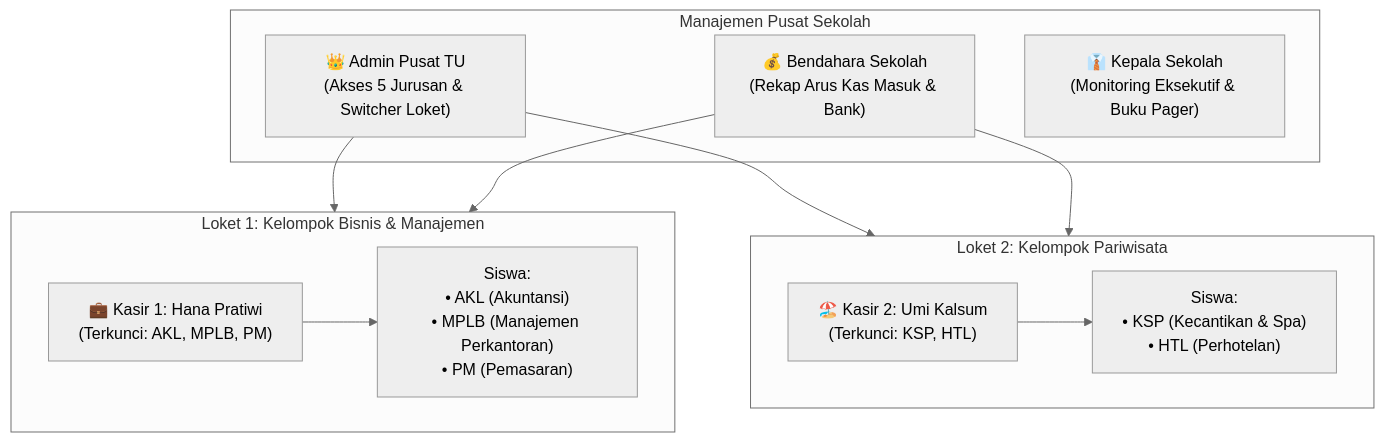
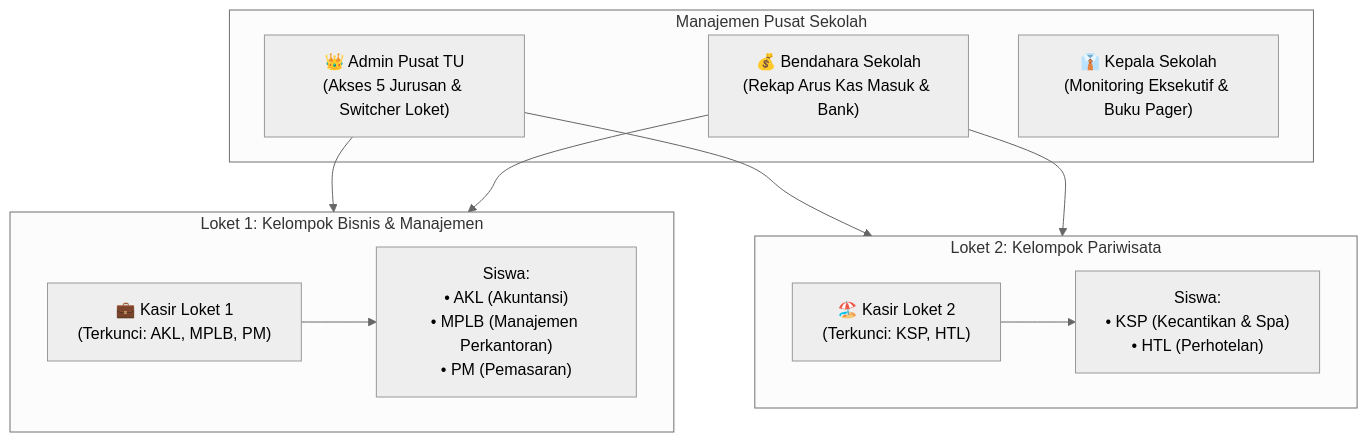
Before and after one commit to developercerdas/sitampan-smk: the diagram in PANDUAN_PENGGUNA_SITAMPAN_SMK.md, drawn with Mermaid (neutral theme). The commit also changed other lines of this file and 10 other files, not shown here.

Commit message:
Hapus label personal nama kasir Hana dan Umi dari antarmuka, diselaraskan menjadi Kelompok Bisnis & Manajemen dan Kelompok Pariwisata

````diff
--- a/PANDUAN_PENGGUNA_SITAMPAN_SMK.md
+++ b/PANDUAN_PENGGUNA_SITAMPAN_SMK.md
@@ -14,25 +14,25 @@
 ```mermaid
 flowchart TD
     subgraph PUSAT["Manajemen Pusat Sekolah"]
         Admin["👑 Admin Pusat TU<br>(Akses 5 Jurusan & Switcher Loket)"]
         Bendahara["💰 Bendahara Sekolah<br>(Rekap Arus Kas Masuk & Bank)"]
         Kepsek["👔 Kepala Sekolah<br>(Monitoring Eksekutif & Buku Pager)"]
     end
 
     subgraph LOKET1["Loket 1: Kelompok Bisnis & Manajemen"]
-        KasirHana["💼 Kasir 1: Hana Pratiwi<br>(Terkunci: AKL, MPLB, PM)"]
+        KasirHana["💼 Kasir Loket 1<br>(Terkunci: AKL, MPLB, PM)"]
         SiswaBisMan["Siswa:<br>• AKL (Akuntansi)<br>• MPLB (Manajemen Perkantoran)<br>• PM (Pemasaran)"]
         KasirHana --> SiswaBisMan
     end
 
     subgraph LOKET2["Loket 2: Kelompok Pariwisata"]
-        KasirUmi["🏖️ Kasir 2: Umi Kalsum<br>(Terkunci: KSP, HTL)"]
+        KasirUmi["🏖️ Kasir Loket 2<br>(Terkunci: KSP, HTL)"]
         SiswaPar["Siswa:<br>• KSP (Kecantikan & Spa)<br>• HTL (Perhotelan)"]
         KasirUmi --> SiswaPar
     end
 
     Admin --> LOKET1
     Admin --> LOKET2
     Bendahara --> LOKET1
     Bendahara --> LOKET2
 ```
````
